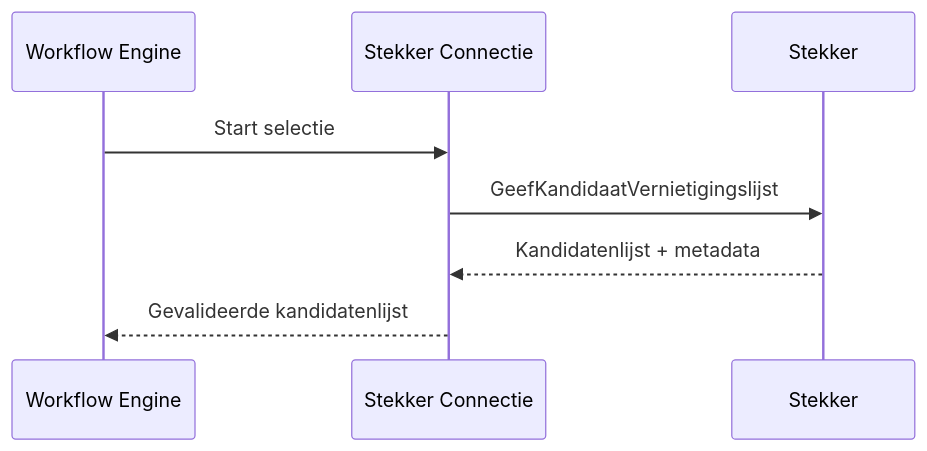
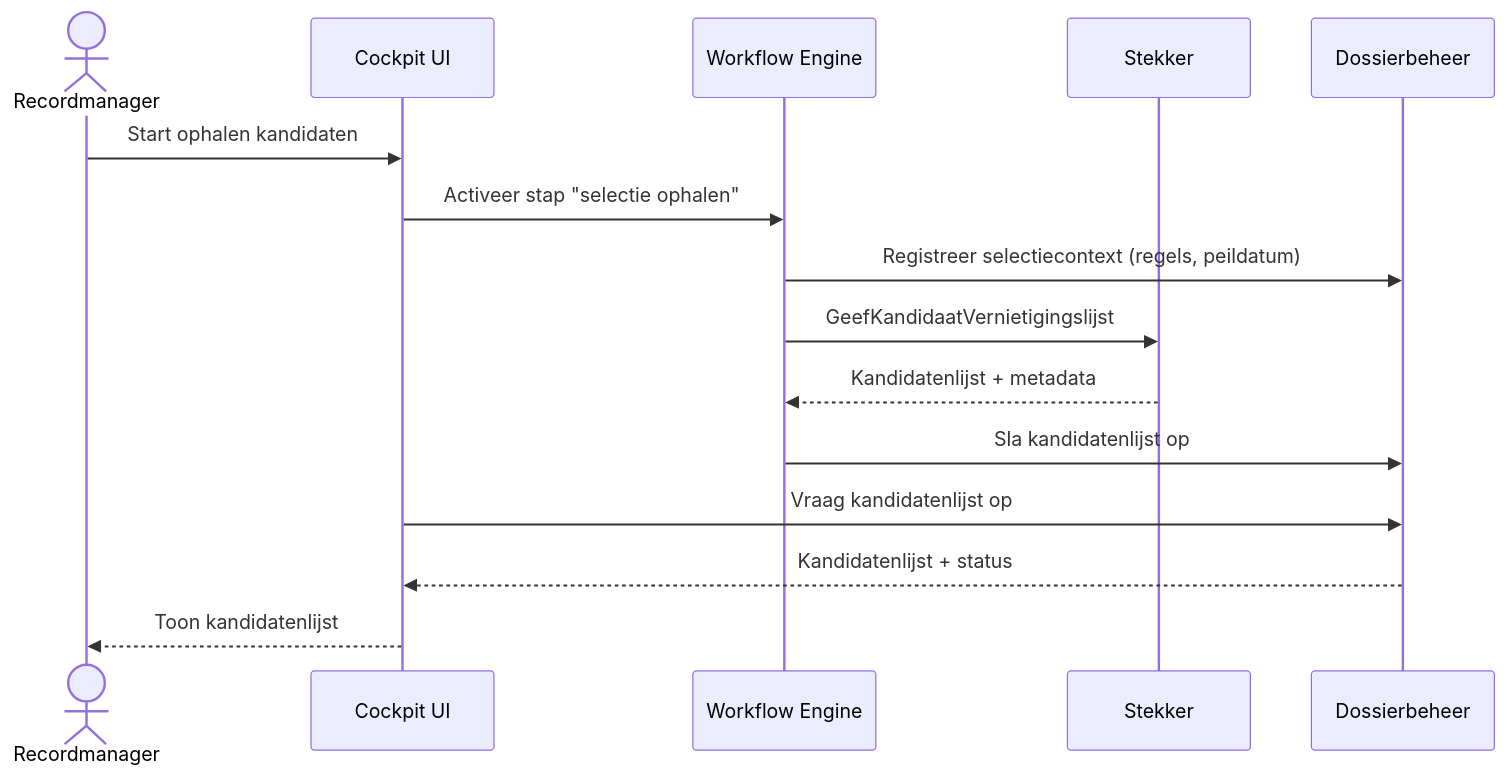
One commit to GemeenteArnhem/Vernietigingscockpit changed the second of 11 diagrams in architectuur/sequence-diagrammen.md. Above: the diagram before and after it, drawn with Mermaid. The commit also changed other lines of this file and 10 other files, not shown here.

````diff
--- a/architectuur/sequence-diagrammen.md
+++ b/architectuur/sequence-diagrammen.md
@@ -42,11 +39,21 @@
 ```mermaid
 sequenceDiagram
+    actor RM as Recordmanager
+    participant UI as Cockpit UI
     participant WF as Workflow Engine
-    participant Conn as Stekker Connectie
     participant Stekker
+    participant D as Dossierbeheer
 
-    WF ->> Conn: Start selectie
-    Conn ->> Stekker: GeefKandidaatVernietigingslijst
-    Stekker -->> Conn: Kandidatenlijst + metadata
-    Conn -->> WF: Gevalideerde kandidatenlijst
+    RM ->> UI: Start ophalen kandidaten
+    UI ->> WF: Activeer stap "selectie ophalen"
+
+    WF ->> D: Registreer selectiecontext (regels, peildatum)
+    WF ->> Stekker: GeefKandidaatVernietigingslijst
+
+    Stekker -->> WF: Kandidatenlijst + metadata
+    WF ->> D: Sla kandidatenlijst op
+
+    UI ->> D: Vraag kandidatenlijst op
+    D -->> UI: Kandidatenlijst + status
+    UI -->> RM: Toon kandidatenlijst
 ```
````
